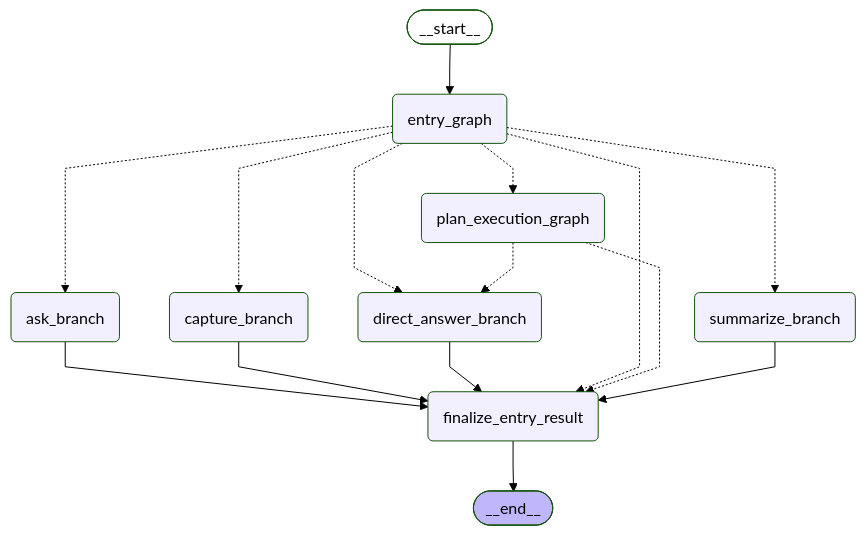
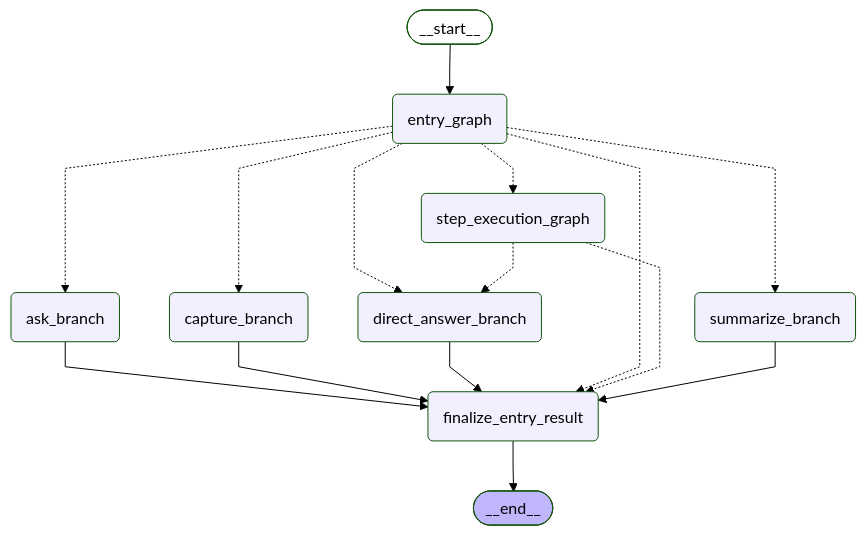
One commit to SkyLiberation/personalAgent changed the first of 5 diagrams in docs/mermaid/entry-orchestration.md. Above: the diagram before and after it, drawn with Mermaid (forest theme). The commit also changed other lines of this file and 75 other files, not shown here.

````diff
--- a/docs/mermaid/entry-orchestration.md
+++ b/docs/mermaid/entry-orchestration.md
@@ -2,35 +2,35 @@
 ```mermaid
 ---
 config:
   flowchart:
     curve: linear
 ---
 graph TD;
 	__start__([<p>__start__</p>]):::first
 	entry_graph(entry_graph)
 	capture_branch(capture_branch)
 	ask_branch(ask_branch)
 	summarize_branch(summarize_branch)
 	direct_answer_branch(direct_answer_branch)
 	finalize_entry_result(finalize_entry_result)
-	plan_execution_graph(plan_execution_graph)
+	step_execution_graph(step_execution_graph)
 	__end__([<p>__end__</p>]):::last
 	__start__ --> entry_graph;
 	ask_branch --> finalize_entry_result;
 	capture_branch --> finalize_entry_result;
 	direct_answer_branch --> finalize_entry_result;
 	entry_graph -.-> ask_branch;
 	entry_graph -.-> capture_branch;
 	entry_graph -.-> direct_answer_branch;
 	entry_graph -.-> finalize_entry_result;
-	entry_graph -.-> plan_execution_graph;
+	entry_graph -.-> step_execution_graph;
 	entry_graph -.-> summarize_branch;
-	plan_execution_graph -.-> direct_answer_branch;
-	plan_execution_graph -.-> finalize_entry_result;
+	step_execution_graph -.-> direct_answer_branch;
+	step_execution_graph -.-> finalize_entry_result;
 	summarize_branch --> finalize_entry_result;
 	finalize_entry_result --> __end__;
 	classDef default fill:#f2f0ff,line-height:1.2
 	classDef first fill-opacity:0
 	classDef last fill:#bfb6fc
 
 ```
````
